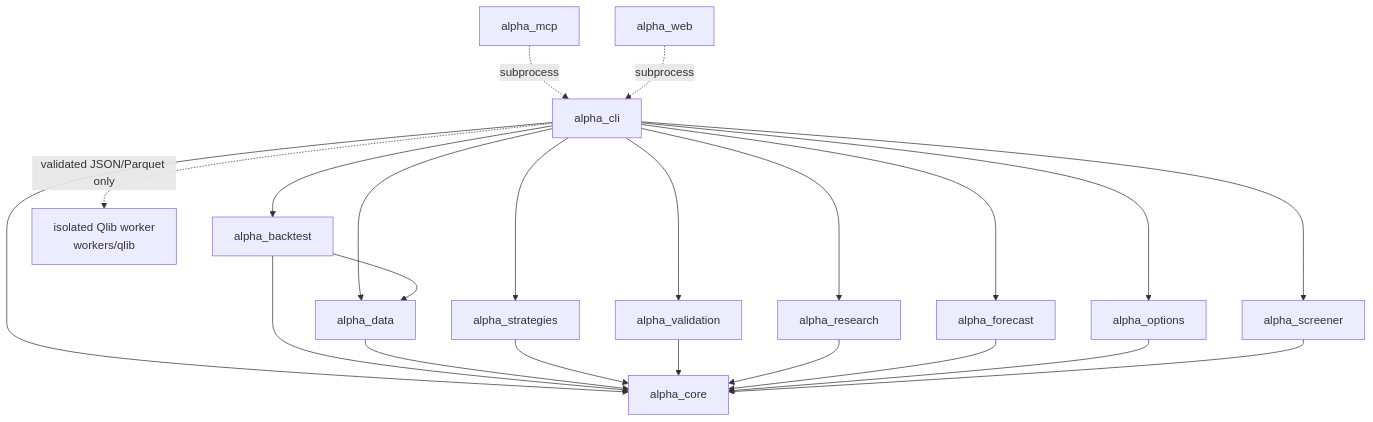
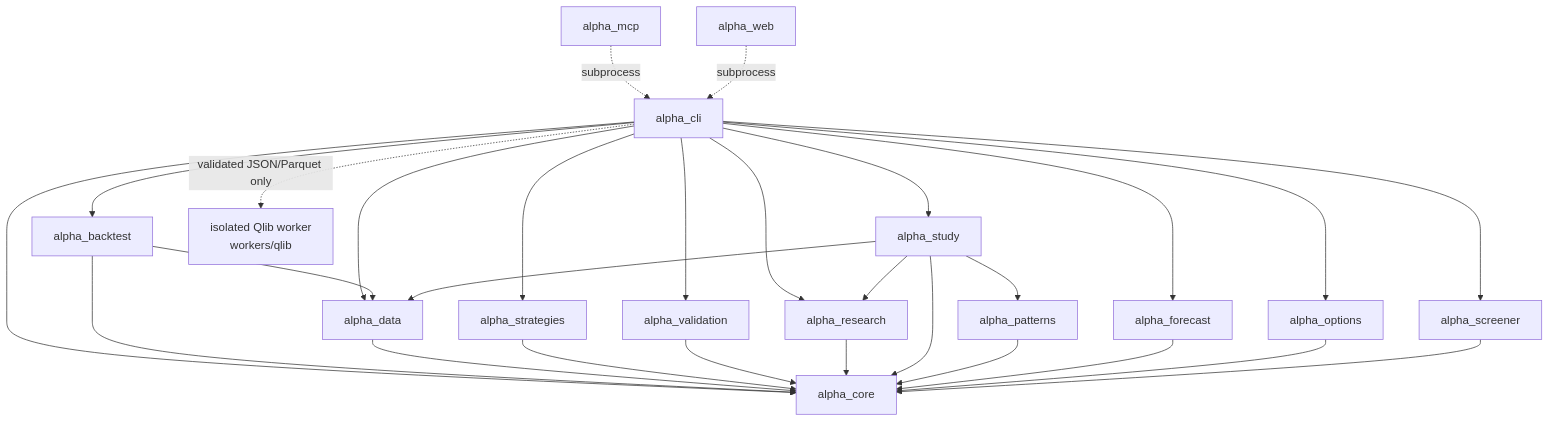
The first of 7 diagrams in docs/ARCHITECTURE.md (tradingsystem1880-eng/Project-ALPHA), drawn with Mermaid before and after one commit. The commit also changed other lines of this file and 16 other files, not shown here.

````diff
--- a/docs/ARCHITECTURE.md
+++ b/docs/ARCHITECTURE.md
@@ -20,38 +20,45 @@
 ```mermaid
 graph TD
     mcp[alpha_mcp]
     web[alpha_web]
     cli[alpha_cli]
     bt[alpha_backtest]
     data[alpha_data]
     strat[alpha_strategies]
     val[alpha_validation]
     research[alpha_research]
+    study[alpha_study]
     fc[alpha_forecast]
     opt[alpha_options]
     screen[alpha_screener]
     core[alpha_core]
     qlib["isolated Qlib worker\nworkers/qlib"]
 
     mcp -. subprocess .-> cli
     web -. subprocess .-> cli
     cli --> bt
     cli --> data
     cli --> strat
     cli --> val
     cli --> research
+    cli --> study
     cli --> fc
     cli --> opt
     cli --> screen
     cli --> core
     bt --> data
     bt --> core
     data --> core
     strat --> core
     val --> core
     research --> core
+    study --> core
+    study --> data
+    study --> patterns
+    study --> research
+    patterns[alpha_patterns] --> core
     fc --> core
     opt --> core
     screen --> core
     cli -. "validated JSON/Parquet only" .-> qlib
 ```
````
